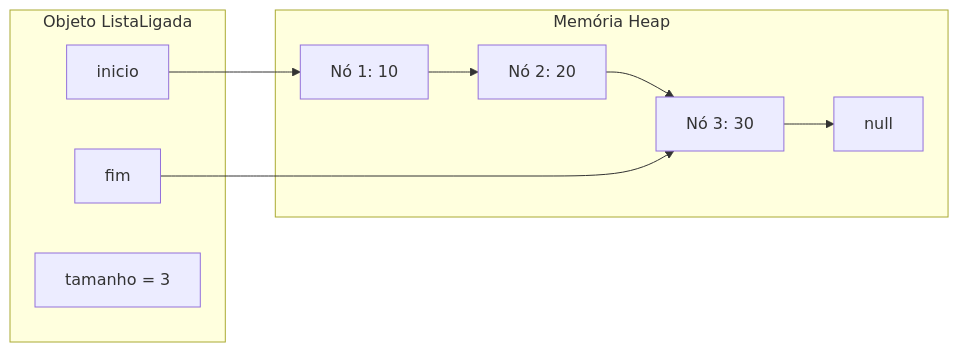
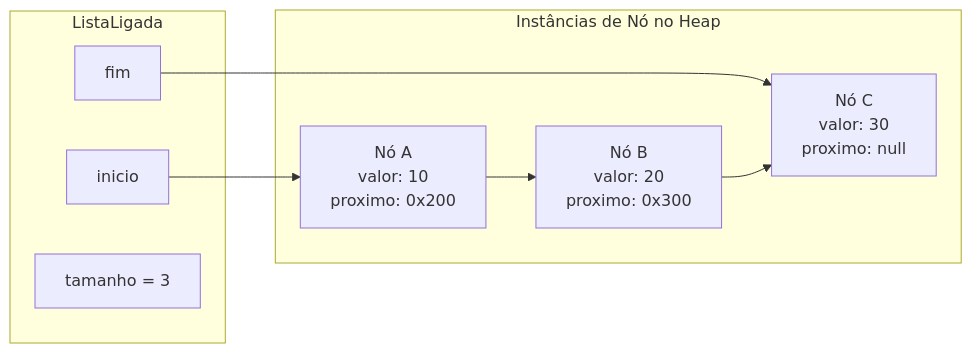
One commit to murilolol/unifef changed diagram 19 of 33 in 4º Semestre/[Prof. Wesley Soares] Estrutura de Dados I/Resumos-IA/Caderno-Consolidado.md. Above: the diagram before and after it, drawn with Mermaid. The commit also changed other lines of this file and 18 other files, not shown here.

````diff
--- a/4º Semestre/[Prof. Wesley Soares] Estrutura de Dados I/Resumos-IA/Caderno-Consolidado.md
+++ b/4º Semestre/[Prof. Wesley Soares] Estrutura de Dados I/Resumos-IA/Caderno-Consolidado.md
@@ -767,15 +858,19 @@
 ```mermaid
 flowchart LR
-    subgraph Controladora["Objeto ListaLigada"]
-        PIni["inicio"]
-        PFim["fim"]
-        PTam["tamanho = 3"]
+    subgraph Controladora["ListaLigada"]
+        ptrIni["inicio"]
+        ptrFim["fim"]
+        tam["tamanho = 3"]
     end
-    subgraph Heap["Memória Heap"]
-        N1["Nó 1: 10"] --> N2["Nó 2: 20"]
-        N2 --> N3["Nó 3: 30"]
-        N3 --> Nulo["null"]
+
+    subgraph HeapMemory["Instâncias de Nó no Heap"]
+        N1["Nó A<br/>valor: 10<br/>proximo: 0x200"]
+        N2["Nó B<br/>valor: 20<br/>proximo: 0x300"]
+        N3["Nó C<br/>valor: 30<br/>proximo: null"]
     end
-    PIni --> N1
-    PFim --> N3
+
+    ptrIni --> N1
+    ptrFim --> N3
+    N1 --> N2
+    N2 --> N3
 ```
````
